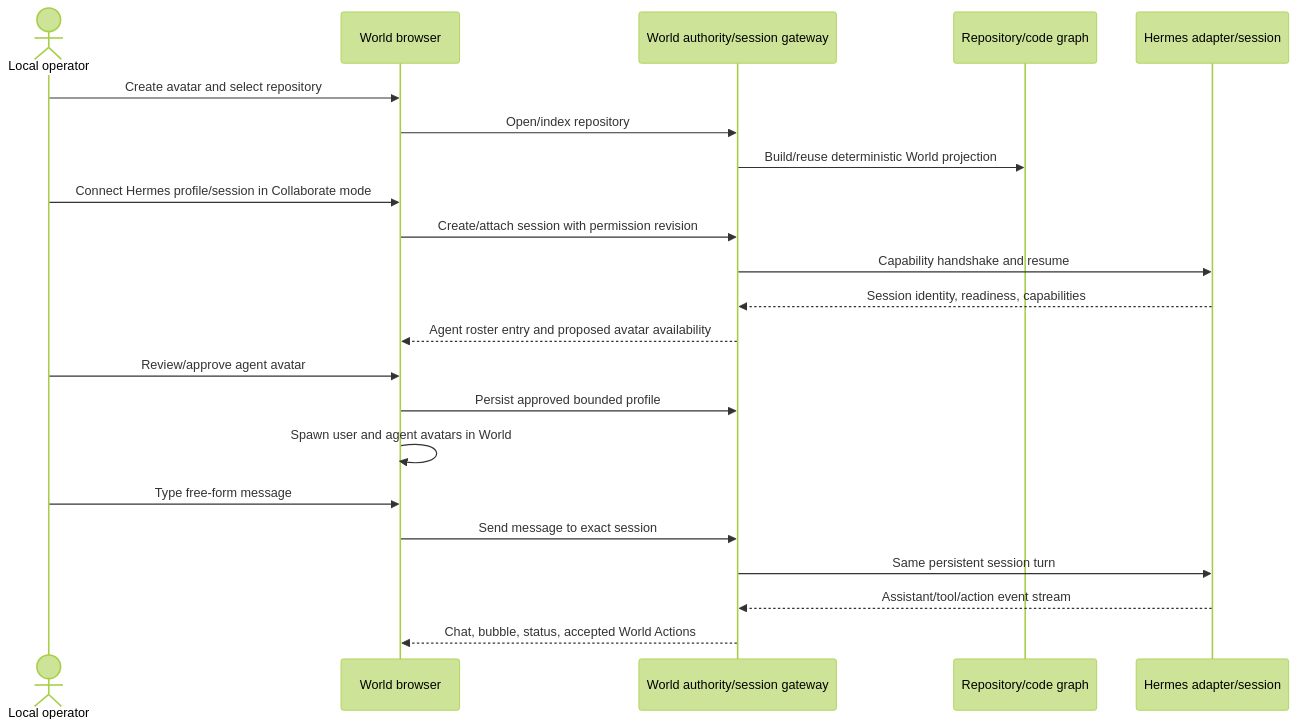
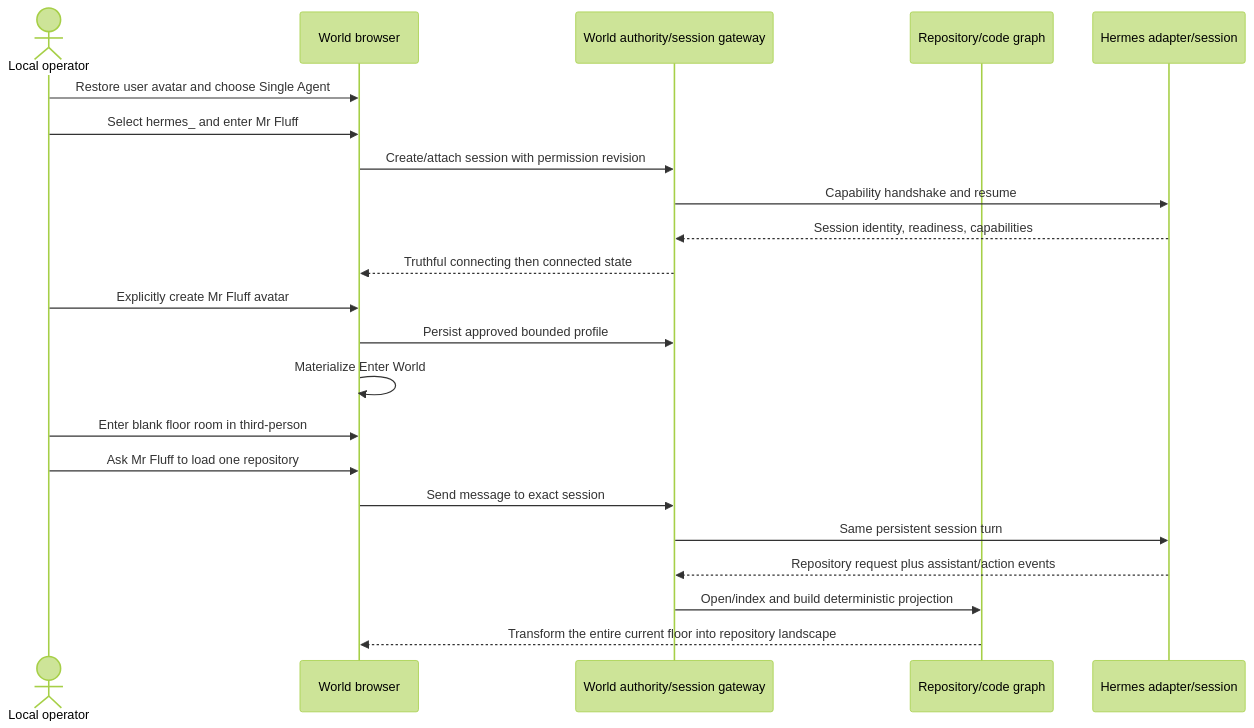
One commit to MelaBuilt-AI/AgentIntersect-World changed the fifth of 13 diagrams in AgentIntersect_WorldDD.md. Above: the diagram before and after it, drawn with Mermaid (forest theme). The commit also changed other lines of this file and 65 other files, not shown here.

Commit message:
feat: complete revised Phase 18 World entry

````diff
--- a/AgentIntersect_WorldDD.md
+++ b/AgentIntersect_WorldDD.md
@@ -1397,24 +1444,24 @@
 ```mermaid
 sequenceDiagram
   actor U as Local operator
   participant B as World browser
   participant W as World authority/session gateway
   participant R as Repository/code graph
   participant H as Hermes adapter/session
-  U->>B: Create avatar and select repository
-  B->>W: Open/index repository
-  W->>R: Build/reuse deterministic World projection
-  U->>B: Connect Hermes profile/session in Collaborate mode
+  U->>B: Restore user avatar and choose Single Agent
+  U->>B: Select hermes_ and enter Mr Fluff
   B->>W: Create/attach session with permission revision
   W->>H: Capability handshake and resume
   H-->>W: Session identity, readiness, capabilities
-  W-->>B: Agent roster entry and proposed avatar availability
-  U->>B: Review/approve agent avatar
+  W-->>B: Truthful connecting then connected state
+  U->>B: Explicitly create Mr Fluff avatar
   B->>W: Persist approved bounded profile
-  B->>B: Spawn user and agent avatars in World
-  U->>B: Type free-form message
+  B->>B: Materialize Enter World
+  U->>B: Enter blank floor room in third-person
+  U->>B: Ask Mr Fluff to load one repository
   B->>W: Send message to exact session
   W->>H: Same persistent session turn
-  H-->>W: Assistant/tool/action event stream
-  W-->>B: Chat, bubble, status, accepted World Actions
+  H-->>W: Repository request plus assistant/action events
+  W->>R: Open/index and build deterministic projection
+  R-->>B: Transform the entire current floor into repository landscape
 ```
````
